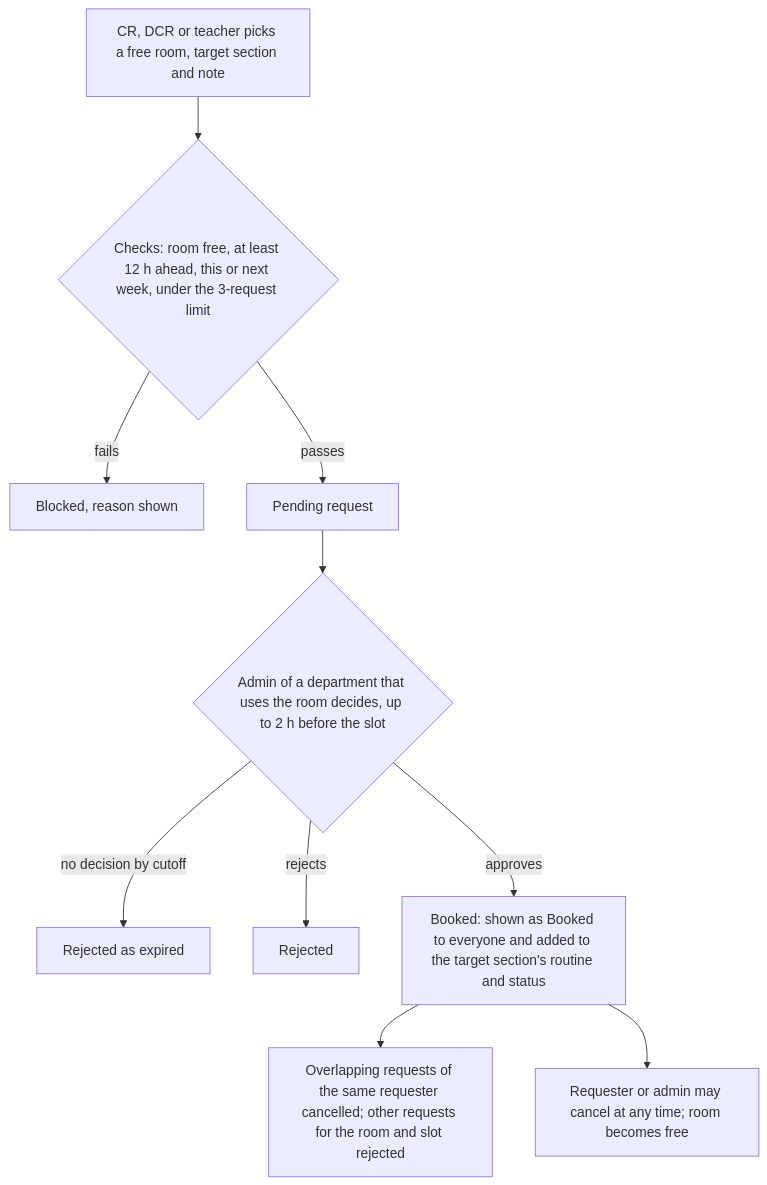
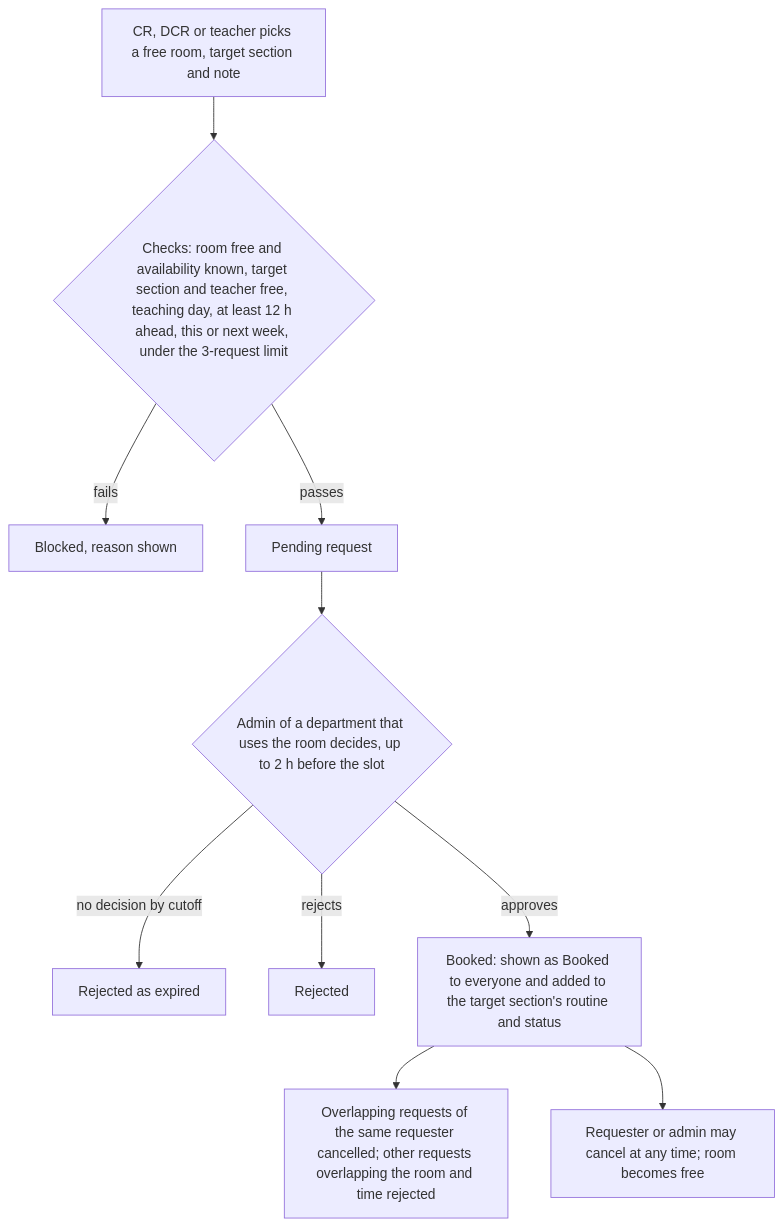
Before and after one commit to chinmoy567/Class-and-Routin-Management-Web-App: the diagram in Class and Routine Management - PRD.md, drawn with Mermaid. The commit also changed other lines of this file, not shown here.

````diff
--- a/Class and Routine Management - PRD.md
+++ b/Class and Routine Management - PRD.md
@@ -427,12 +487,12 @@
 ```mermaid
 flowchart TD
-  A[CR, DCR or teacher picks a free room, target section and note] --> B{Checks: room free, at least 12 h ahead, this or next week, under the 3-request limit}
+  A[CR, DCR or teacher picks a free room, target section and note] --> B{Checks: room free and availability known, target section and teacher free, teaching day, at least 12 h ahead, this or next week, under the 3-request limit}
   B -- fails --> X[Blocked, reason shown]
   B -- passes --> C[Pending request]
   C --> D{Admin of a department that uses the room decides, up to 2 h before the slot}
   D -- no decision by cutoff --> E[Rejected as expired]
   D -- rejects --> F[Rejected]
   D -- approves --> G[Booked: shown as Booked to everyone and added to the target section's routine and status]
-  G --> H[Overlapping requests of the same requester cancelled; other requests for the room and slot rejected]
+  G --> H[Overlapping requests of the same requester cancelled; other requests overlapping the room and time rejected]
   G --> I[Requester or admin may cancel at any time; room becomes free]
 ```
````
